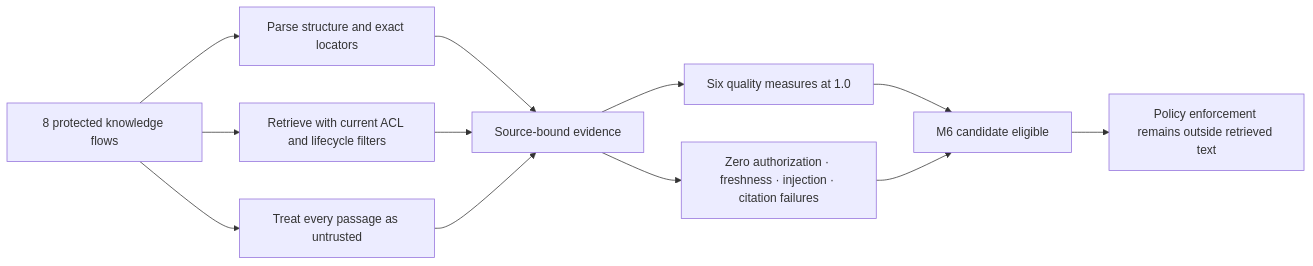
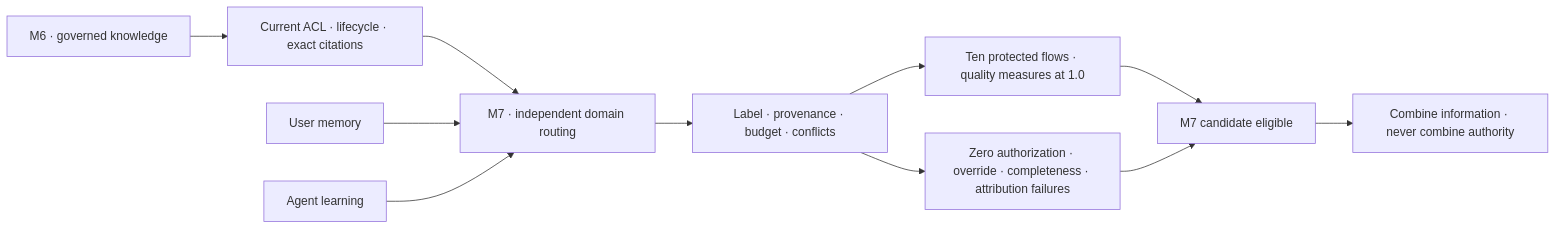
One commit to rishibalanagu0108/Memory-OPS changed the diagram in docs/progress/2026-10-10/diagram.mmd. Above: the diagram before and after it, drawn with Mermaid. The commit also changed 23 other files, not shown here.

Commit message:
test(m7): publish cross-domain evidence

```diff
--- a/docs/progress/2026-10-10/diagram.mmd
+++ b/docs/progress/2026-10-10/diagram.mmd
@@ -1,12 +1,11 @@
 flowchart LR
-    H[8 protected knowledge flows] --> P[Parse structure and exact locators]
-    H --> R[Retrieve with current ACL and lifecycle filters]
-    H --> T[Treat every passage as untrusted]
-    P --> E[Source-bound evidence]
-    R --> E
-    T --> E
-    E --> Q[Six quality measures at 1.0]
-    E --> S[Zero authorization · freshness · injection · citation failures]
-    Q --> V[M6 candidate eligible]
+    M6[M6 · governed knowledge] --> CITE[Current ACL · lifecycle · exact citations]
+    CITE --> ROUTE[M7 · independent domain routing]
+    USER[User memory] --> ROUTE
+    LEARN[Agent learning] --> ROUTE
+    ROUTE --> ASSEMBLE[Label · provenance · budget · conflicts]
+    ASSEMBLE --> Q[Ten protected flows · quality measures at 1.0]
+    ASSEMBLE --> S[Zero authorization · override · completeness · attribution failures]
+    Q --> V[M7 candidate eligible]
     S --> V
-    V --> B[Policy enforcement remains outside retrieved text]
+    V --> B[Combine information · never combine authority]
```
